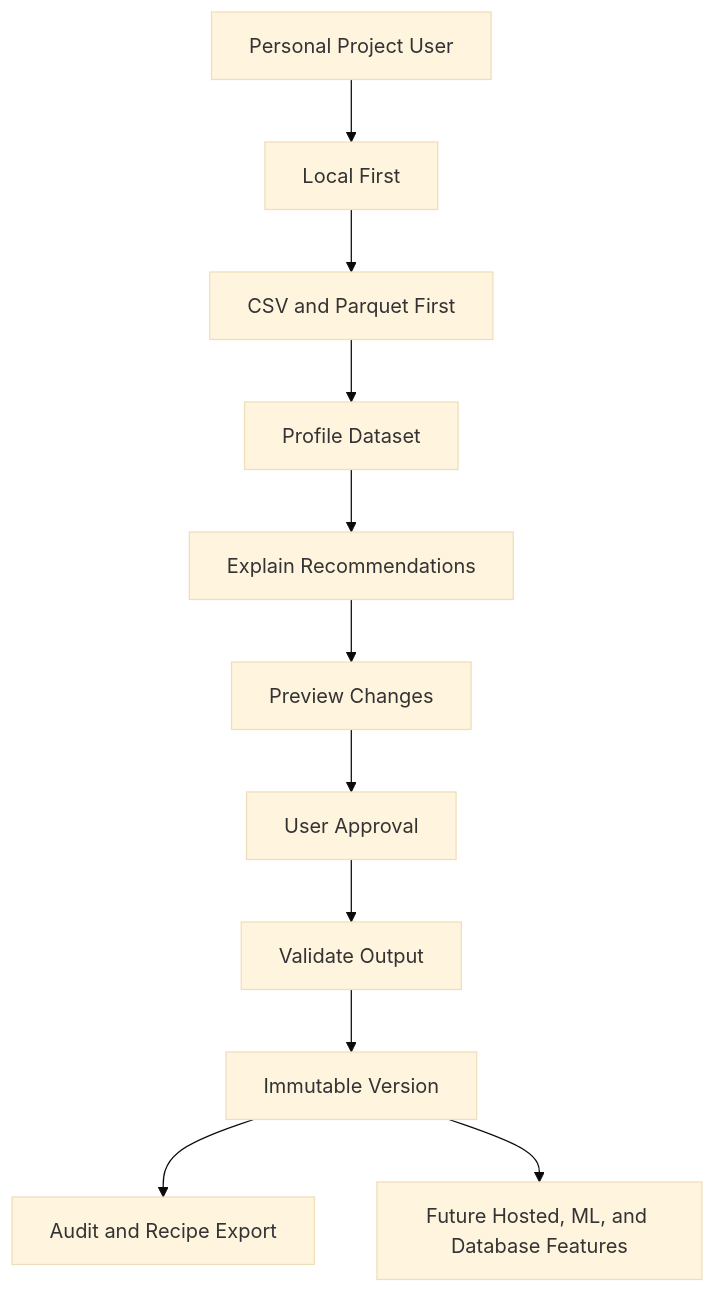
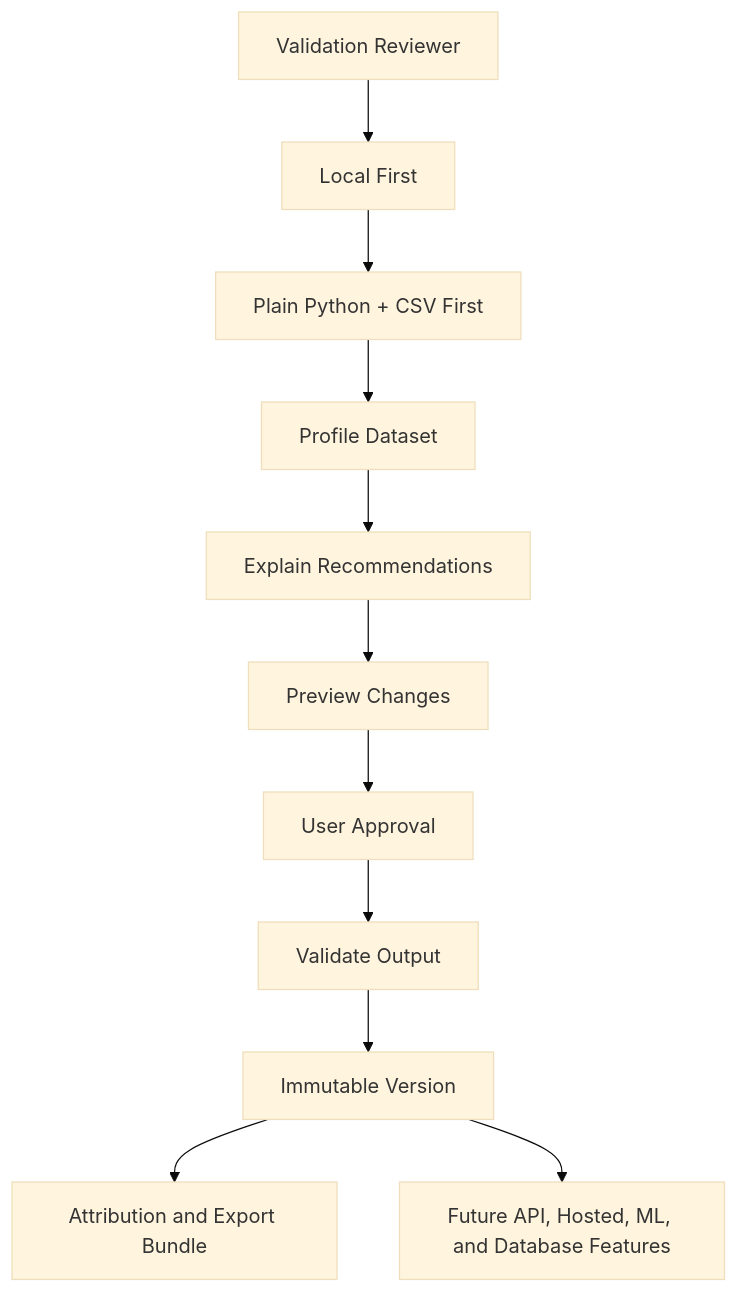
One commit to SujAnverse1125/ClearSet changed the diagram in docs/DECISIONS.md. Above: the diagram before and after it, drawn with Mermaid (base theme). The commit also changed other lines of this file and 10 other files, not shown here.

````diff
--- a/docs/DECISIONS.md
+++ b/docs/DECISIONS.md
@@ -24,13 +24,13 @@
 ```mermaid
 flowchart TB
-		User[Personal Project User] --> Local[Local First]
-		Local --> Formats[CSV and Parquet First]
+		User[Validation Reviewer] --> Local[Local First]
+		Local --> Formats[Plain Python + CSV First]
 		Formats --> Profile[Profile Dataset]
 		Profile --> Recommend[Explain Recommendations]
 		Recommend --> Preview[Preview Changes]
 		Preview --> Approve[User Approval]
 		Approve --> Validate[Validate Output]
 		Validate --> Version[Immutable Version]
-		Version --> Audit[Audit and Recipe Export]
-		Version --> Future[Future Hosted, ML, and Database Features]
+		Version --> Audit[Attribution and Export Bundle]
+		Version --> Future[Future API, Hosted, ML, and Database Features]
 ```
````
